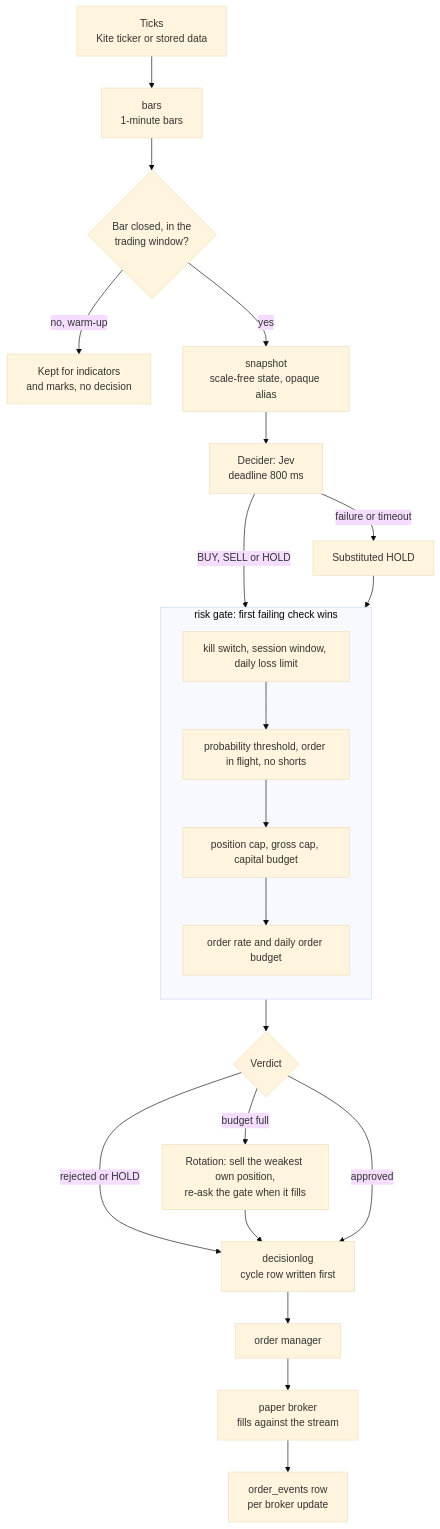
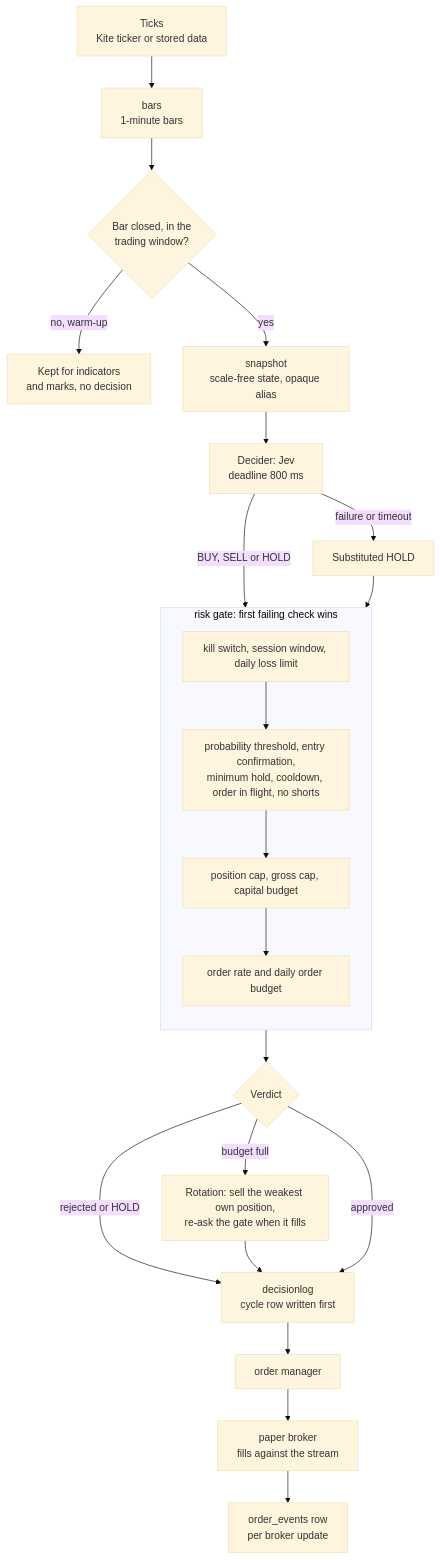
Before and after one commit to sanjeev2040/jev-trader: the third of 8 diagrams in ARCHITECTURE.md, drawn with Mermaid (base theme). The commit also changed other lines of this file and 28 other files, not shown here.

````diff
--- a/ARCHITECTURE.md
+++ b/ARCHITECTURE.md
@@ -131,29 +131,29 @@
 ```mermaid
 flowchart TD
     T["Ticks<br/>Kite ticker or stored data"] --> B["bars<br/>1-minute bars"]
     B --> C{"Bar closed, in the<br/>trading window?"}
     C -- no, warm-up --> W["Kept for indicators<br/>and marks, no decision"]
     C -- yes --> S["snapshot<br/>scale-free state, opaque alias"]
     S --> J["Decider: Jev<br/>deadline 800 ms"]
     J -- "failure or timeout" --> H["Substituted HOLD"]
     J -- BUY, SELL or HOLD --> G
     H --> G
 
     subgraph G["risk gate: first failing check wins"]
         direction TB
         G1["kill switch, session window, daily loss limit"]
-        G2["probability threshold, order in flight, no shorts"]
+        G2["probability threshold, entry confirmation,<br/>minimum hold, cooldown, order in flight, no shorts"]
         G3["position cap, gross cap, capital budget"]
         G4["order rate and daily order budget"]
         G1 --> G2 --> G3 --> G4
     end
 
     G --> V{"Verdict"}
     V -- rejected or HOLD --> D
     V -- "budget full" --> R["Rotation: sell the weakest own position,<br/>re-ask the gate when it fills"]
     R --> D
     V -- approved --> D["decisionlog<br/>cycle row written first"]
     D --> O["order manager"]
     O --> P["paper broker<br/>fills against the stream"]
     P --> E["order_events row<br/>per broker update"]
 ```
````
